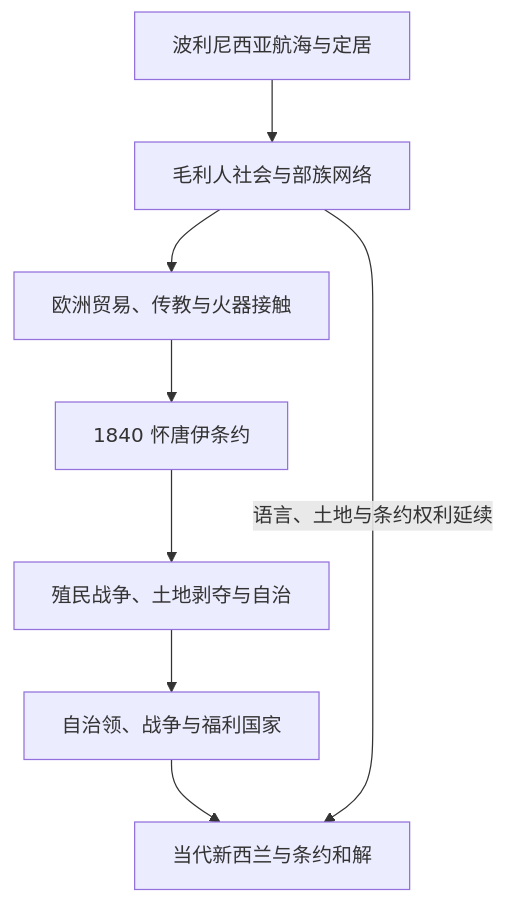
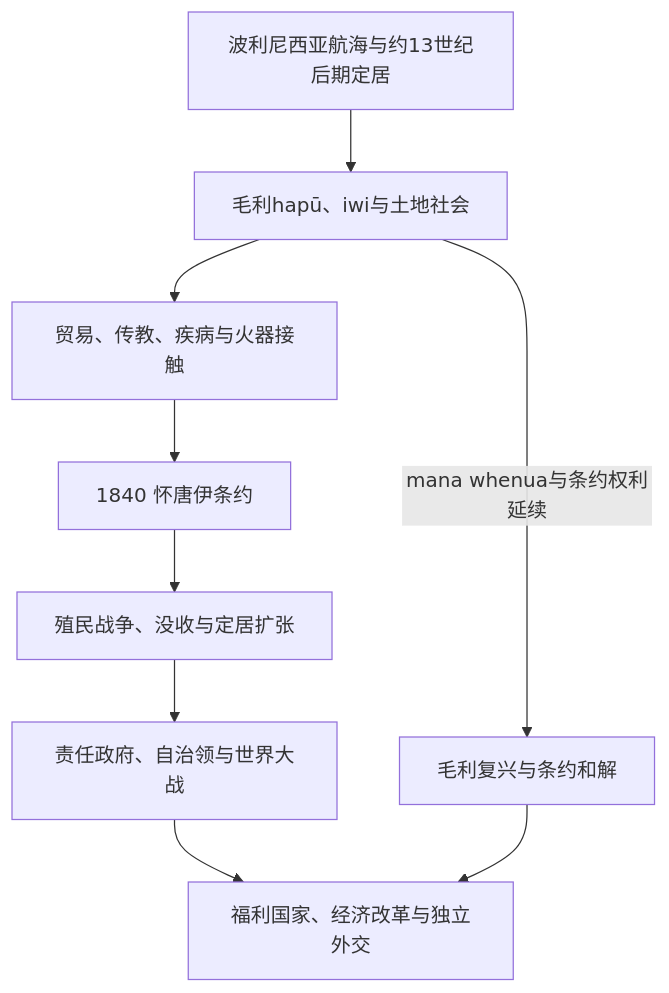
Before and after one commit to tianlan-dev/learning-notes: the diagram in 人文科学/历史/大洋洲/新西兰/README.md, drawn with Mermaid. The commit also changed other lines of this file and 1417 other files, not shown here.

````diff
--- a/人文科学/历史/大洋洲/新西兰/README.md
+++ b/人文科学/历史/大洋洲/新西兰/README.md
@@ -13,10 +13,11 @@
 ```mermaid
 flowchart TD
-    Polynesian["波利尼西亚航海与定居"] --> Maori["毛利人社会与部族网络"]
-    Maori --> Contact["欧洲贸易、传教与火器接触"]
+    Voyages["波利尼西亚航海与约13世纪后期定居"] --> Maori["毛利hapū、iwi与土地社会"]
+    Maori --> Contact["贸易、传教、疾病与火器接触"]
     Contact --> Treaty["1840 怀唐伊条约"]
-    Treaty --> Wars["殖民战争、土地剥夺与自治"]
-    Wars --> Dominion["自治领、战争与福利国家"]
-    Dominion --> Modern["当代新西兰与条约和解"]
-    Maori -->|语言、土地与条约权利延续| Modern
+    Treaty --> Wars["殖民战争、没收与定居扩张"]
+    Wars --> Dominion["责任政府、自治领与世界大战"]
+    Dominion --> Postwar["福利国家、经济改革与独立外交"]
+    Maori -->|mana whenua与条约权利延续| Renaissance["毛利复兴与条约和解"]
+    Renaissance --> Postwar
 ```
````
